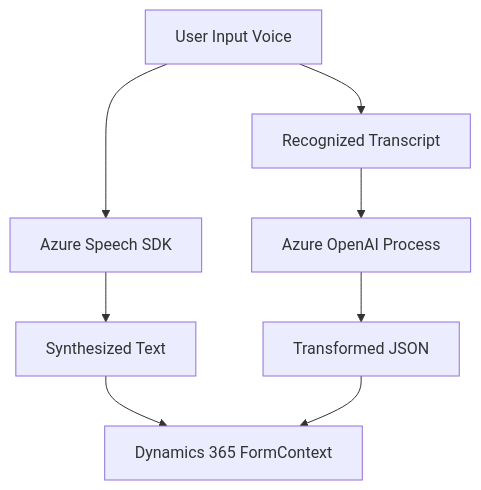
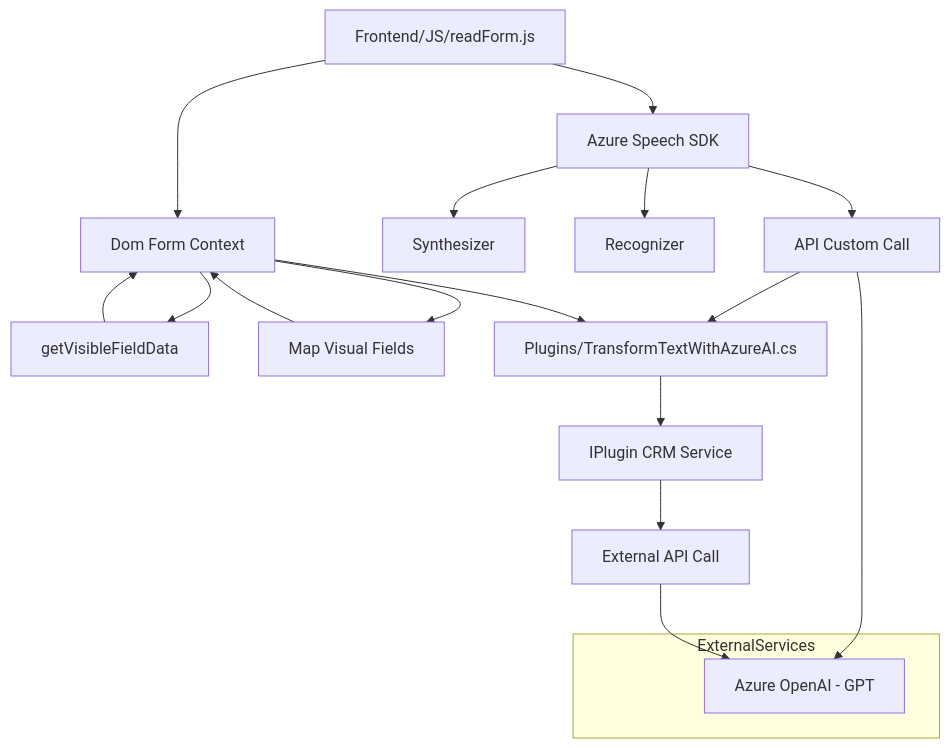
Before and after one commit to blopezdm/NETCORE_BILBAO2025: the diagram in README.md, drawn with Mermaid. The commit also changed other lines of this file, not shown here.

````diff
--- a/README.md
+++ b/README.md
@@ -53,18 +33,24 @@
 ```mermaid
 graph TD
-    A["User Input Voice"]
-    B["Azure Speech SDK"]
-    C["Synthesized Text"]
-    D["Dynamics 365 FormContext"]
-    E["Recognized Transcript"]
-    F["Azure OpenAI Process"]
-    G["Transformed JSON"]
-    
-    A --> B
-    B --> C
-    C --> D
-    A --> E
-    E --> F
-    F --> G
-    G --> D
+A["Frontend/JS/readForm.js"] --> B["Azure Speech SDK"]
+A --> C["Dom Form Context"]
+B --> D["Synthesizer"]
+B --> E["Recognizer"]
+C --> F["getVisibleFieldData"]
+C --> G["Map Visual Fields"]
+B --> H["API Custom Call"]
+
+H --> I["Azure OpenAI - GPT"]
+H --> J["Service CRM Plugins"]
+F --> C
+G --> C
+C --> J
+
+J["Plugins/TransformTextWithAzureAI.cs"] --> K["IPlugin CRM Service"]
+K --> L["External API Call"]
+L --> I
+
+subgraph ExternalServices
+    I
+end
 ```
````
